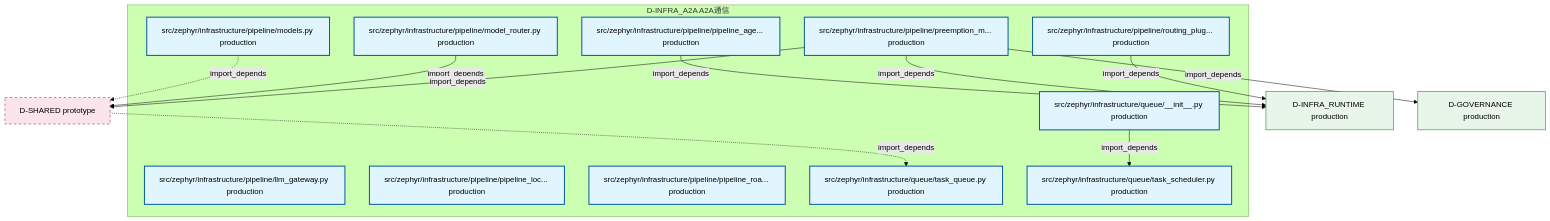
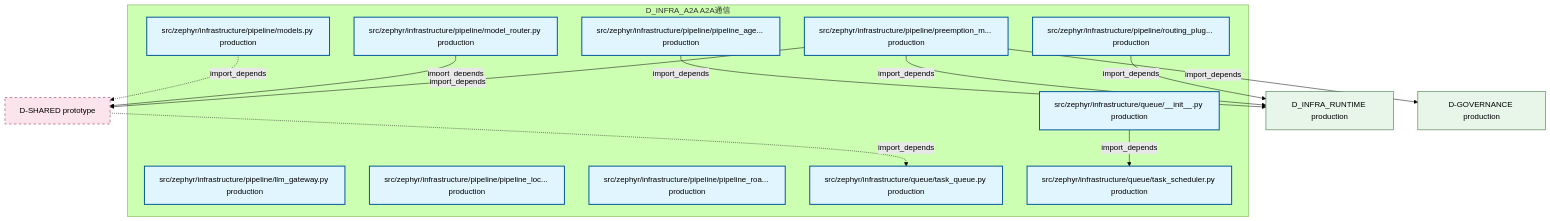
One commit to xuanFelixVan/ZephyrAlpha changed the fourth of 4 diagrams in docs/02_enterprise_architecture/02_domain_architecture_docs/01_d_infra_a2a.md. Above: the diagram before and after it, drawn with Mermaid (forest theme). The commit also changed other lines of this file and 409 other files, not shown here.

````diff
--- a/docs/02_enterprise_architecture/02_domain_architecture_docs/01_d_infra_a2a.md
+++ b/docs/02_enterprise_architecture/02_domain_architecture_docs/01_d_infra_a2a.md
@@ -255,35 +255,35 @@
 ```mermaid
 graph TD
-    subgraph D_INFRA_A2A["D-INFRA_A2A A2A通信"]
+    subgraph D_INFRA_A2A["D_INFRA_A2A A2A通信"]
         src_zephyr_infrastructure_pipeline_llm_gateway_py["src/zephyr/infrastructure/pipeline/llm_gateway.py production"]
         src_zephyr_infrastructure_pipeline_model_router_py["src/zephyr/infrastructure/pipeline/model_router.py production"]
         src_zephyr_infrastructure_pipeline_models_py["src/zephyr/infrastructure/pipeline/models.py production"]
         src_zephyr_infrastructure_pipeline_pipeline_agent_bridge_py["src/zephyr/infrastructure/pipeline/pipeline_age... production"]
         src_zephyr_infrastructure_pipeline_pipeline_lock_py["src/zephyr/infrastructure/pipeline/pipeline_loc... production"]
         src_zephyr_infrastructure_pipeline_pipeline_roadmap_py["src/zephyr/infrastructure/pipeline/pipeline_roa... production"]
         src_zephyr_infrastructure_pipeline_preemption_manager_py["src/zephyr/infrastructure/pipeline/preemption_m... production"]
         src_zephyr_infrastructure_pipeline_routing_plugins_py["src/zephyr/infrastructure/pipeline/routing_plug... production"]
         src_zephyr_infrastructure_queue_init_py["src/zephyr/infrastructure/queue/__init__.py production"]
         src_zephyr_infrastructure_queue_task_queue_py["src/zephyr/infrastructure/queue/task_queue.py production"]
         src_zephyr_infrastructure_queue_task_scheduler_py["src/zephyr/infrastructure/queue/task_scheduler.py production"]
     end
     src_zephyr_infrastructure_queue_init_py -->|import_depends| src_zephyr_infrastructure_queue_task_scheduler_py
     D_SHARED["D-SHARED prototype"]
     src_zephyr_infrastructure_pipeline_models_py -.->|import_depends| D_SHARED
     src_zephyr_infrastructure_pipeline_model_router_py -->|import_depends| D_SHARED
-    D_INFRA_RUNTIME["D-INFRA_RUNTIME production"]
+    D_INFRA_RUNTIME["D_INFRA_RUNTIME production"]
     src_zephyr_infrastructure_pipeline_pipeline_agent_bridge_py -->|import_depends| D_INFRA_RUNTIME
     src_zephyr_infrastructure_pipeline_preemption_manager_py -->|import_depends| D_INFRA_RUNTIME
     src_zephyr_infrastructure_pipeline_preemption_manager_py -->|import_depends| D_SHARED
     D_GOVERNANCE["D-GOVERNANCE production"]
     src_zephyr_infrastructure_pipeline_preemption_manager_py -->|import_depends| D_GOVERNANCE
     src_zephyr_infrastructure_pipeline_routing_plugins_py -->|import_depends| D_INFRA_RUNTIME
     D_SHARED -.->|import_depends| src_zephyr_infrastructure_queue_task_queue_py
     classDef production fill:#e1f5fe,stroke:#01579b,stroke-width:2px,color:#000
     classDef design fill:#fff3e0,stroke:#e65100,stroke-width:2px,color:#000,stroke-dasharray: 5 5
     classDef external_prod fill:#e8f5e9,stroke:#1b5e20,stroke-width:1px,color:#000
     classDef external_design fill:#fce4ec,stroke:#880e4f,stroke-width:1px,color:#000,stroke-dasharray: 5 5
     class src_zephyr_infrastructure_pipeline_llm_gateway_py,src_zephyr_infrastructure_pipeline_model_router_py,src_zephyr_infrastructure_pipeline_models_py,src_zephyr_infrastructure_pipeline_pipeline_agent_bridge_py,src_zephyr_infrastructure_pipeline_pipeline_lock_py,src_zephyr_infrastructure_pipeline_pipeline_roadmap_py,src_zephyr_infrastructure_pipeline_preemption_manager_py,src_zephyr_infrastructure_pipeline_routing_plugins_py,src_zephyr_infrastructure_queue_init_py,src_zephyr_infrastructure_queue_task_queue_py,src_zephyr_infrastructure_queue_task_scheduler_py production
     class D_INFRA_RUNTIME,D_GOVERNANCE external_prod
     class D_SHARED external_design
 ```
````
